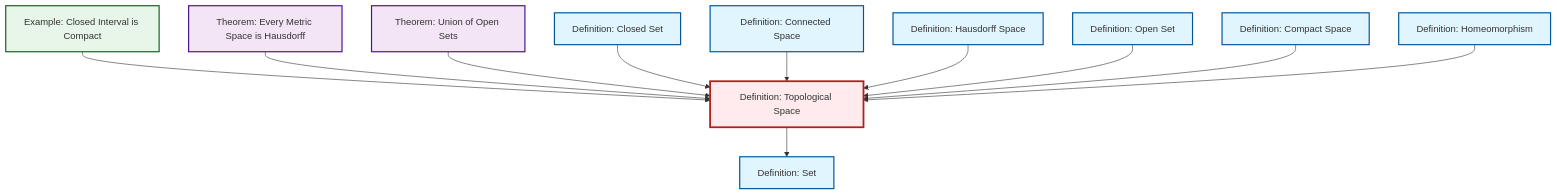
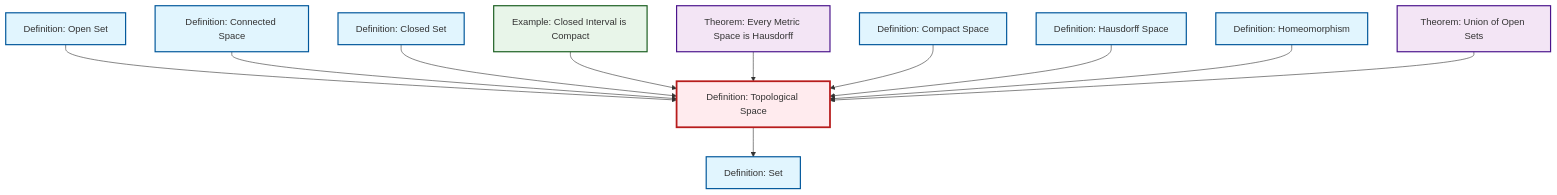
Before and after one commit to RK0429/ModernMath: the diagram in content/ja/topology/def-topological-space.qmd, drawn with Mermaid. The commit also changed other lines of this file and 531 other files, not shown here.

````diff
--- a/content/ja/topology/def-topological-space.qmd
+++ b/content/ja/topology/def-topological-space.qmd
@@ -60,41 +60,41 @@
 ```{mermaid}
 %%| fig-cap: "Local dependency graph"
 graph TD
     classDef definition fill:#e1f5fe,stroke:#01579b,stroke-width:2px
     classDef theorem fill:#f3e5f5,stroke:#4a148c,stroke-width:2px
     classDef axiom fill:#fff3e0,stroke:#e65100,stroke-width:2px
     classDef example fill:#e8f5e9,stroke:#1b5e20,stroke-width:2px
     classDef current fill:#ffebee,stroke:#b71c1c,stroke-width:3px
+    thm-metric-hausdorff["Theorem: Every Metric Space is Hausdorff"]:::theorem
+    def-set["Definition: Set"]:::definition
+    def-homeomorphism["Definition: Homeomorphism"]:::definition
+    thm-union-open-sets["Theorem: Union of Open Sets"]:::theorem
+    def-topological-space["Definition: Topological Space"]:::definition
+    def-compact["Definition: Compact Space"]:::definition
+    ex-closed-interval-compact["Example: Closed Interval is Compact"]:::example
+    def-open-set["Definition: Open Set"]:::definition
+    def-closed-set["Definition: Closed Set"]:::definition
     def-hausdorff["Definition: Hausdorff Space"]:::definition
-    def-compact["Definition: Compact Space"]:::definition
-    def-set["Definition: Set"]:::definition
-    ex-closed-interval-compact["Example: Closed Interval is Compact"]:::example
-    def-homeomorphism["Definition: Homeomorphism"]:::definition
-    def-closed-set["Definition: Closed Set"]:::definition
-    thm-metric-hausdorff["Theorem: Every Metric Space is Hausdorff"]:::theorem
-    def-topological-space["Definition: Topological Space"]:::definition
-    thm-union-open-sets["Theorem: Union of Open Sets"]:::theorem
     def-connected["Definition: Connected Space"]:::definition
-    def-open-set["Definition: Open Set"]:::definition
-    def-topological-space --> def-set
+    def-open-set --> def-topological-space
+    def-connected --> def-topological-space
+    def-closed-set --> def-topological-space
     ex-closed-interval-compact --> def-topological-space
     thm-metric-hausdorff --> def-topological-space
+    def-compact --> def-topological-space
+    def-hausdorff --> def-topological-space
+    def-homeomorphism --> def-topological-space
+    def-topological-space --> def-set
     thm-union-open-sets --> def-topological-space
-    def-closed-set --> def-topological-space
-    def-connected --> def-topological-space
-    def-hausdorff --> def-topological-space
-    def-open-set --> def-topological-space
-    def-compact --> def-topological-space
-    def-homeomorphism --> def-topological-space
     class def-topological-space current
+    click thm-metric-hausdorff "thm-metric-hausdorff.html" "Theorem: Every Metric Space is Hausdorffへ"
+    click def-set "def-set.html" "Definition: Setへ"
+    click def-homeomorphism "def-homeomorphism.html" "Definition: Homeomorphismへ"
+    click thm-union-open-sets "thm-union-open-sets.html" "Theorem: Union of Open Setsへ"
+    click def-compact "def-compact.html" "Definition: Compact Spaceへ"
+    click ex-closed-interval-compact "ex-closed-interval-compact.html" "Example: Closed Interval is Compactへ"
+    click def-open-set "def-open-set.html" "Definition: Open Setへ"
+    click def-closed-set "def-closed-set.html" "Definition: Closed Setへ"
     click def-hausdorff "def-hausdorff.html" "Definition: Hausdorff Spaceへ"
-    click def-compact "def-compact.html" "Definition: Compact Spaceへ"
-    click def-set "def-set.html" "Definition: Setへ"
-    click ex-closed-interval-compact "ex-closed-interval-compact.html" "Example: Closed Interval is Compactへ"
-    click def-homeomorphism "def-homeomorphism.html" "Definition: Homeomorphismへ"
-    click def-closed-set "def-closed-set.html" "Definition: Closed Setへ"
-    click thm-metric-hausdorff "thm-metric-hausdorff.html" "Theorem: Every Metric Space is Hausdorffへ"
-    click thm-union-open-sets "thm-union-open-sets.html" "Theorem: Union of Open Setsへ"
     click def-connected "def-connected.html" "Definition: Connected Spaceへ"
-    click def-open-set "def-open-set.html" "Definition: Open Setへ"
 ```
````
